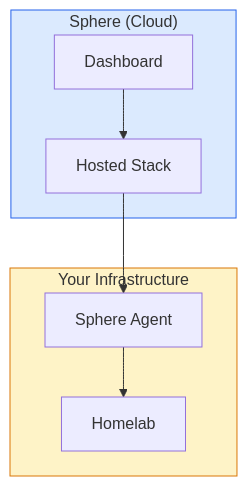
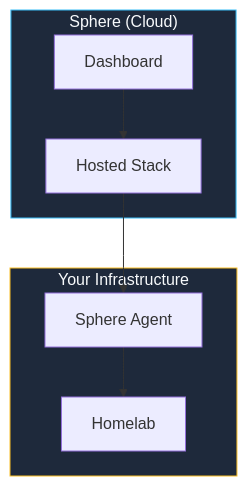
Before and after one commit to KombiverseLabs/docs: the eighth of 8 diagrams in ecosystem.mdx, drawn with Mermaid. The commit also changed other lines of this file and 33 other files, not shown here.

````diff
--- a/ecosystem.mdx
+++ b/ecosystem.mdx
@@ -283,19 +283,19 @@
     ```mermaid
     graph TB
         subgraph Sphere["Sphere (Cloud)"]
             Dashboard["Dashboard"]
             Stack["Hosted Stack"]
         end
         
         subgraph Your["Your Infrastructure"]
             Agent["Sphere Agent"]
             HL["Homelab"]
         end
         
         Dashboard --> Stack
         Stack --> Agent
         Agent --> HL
         
-        style Sphere fill:#dbeafe,stroke:#2563eb
-        style Your fill:#fef3c7,stroke:#d97706
+        style Sphere fill:#1e293b,stroke:#38bdf8,color:#f8fafc
+        style Your fill:#1e293b,stroke:#fbbf24,color:#f8fafc
     ```
````
